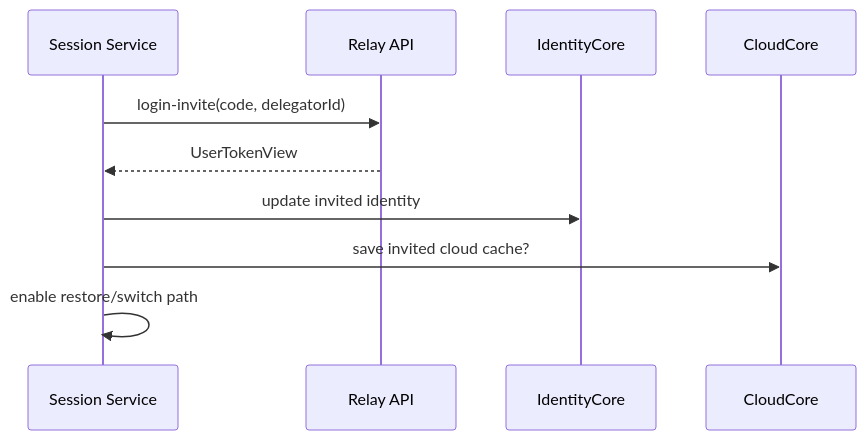
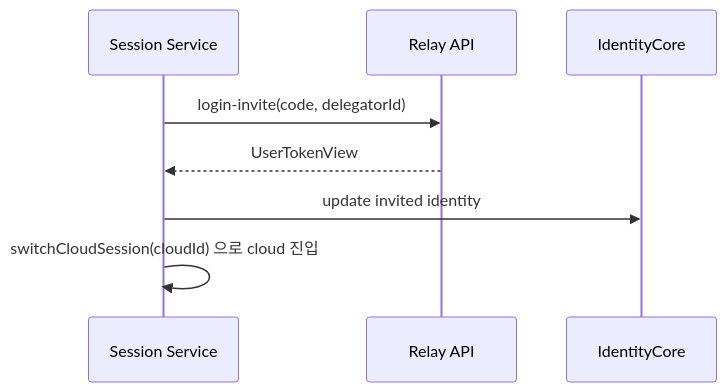
One commit to lemoncloud-io/dou-app changed the sixth of 14 diagrams in libs/web-core/docs/session/session-scenarios.md. Above: the diagram before and after it, drawn with Mermaid. The commit also changed other lines of this file and 6 other files, not shown here.

````diff
--- a/libs/web-core/docs/session/session-scenarios.md
+++ b/libs/web-core/docs/session/session-scenarios.md
@@ -480,12 +475,10 @@
 ```mermaid
 sequenceDiagram
   participant S as Session Service
   participant R as Relay API
   participant IC as IdentityCore
-  participant CC as CloudCore
   S->>R: login-invite(code, delegatorId)
   R-->>S: UserTokenView
   S->>IC: update invited identity
-  S->>CC: save invited cloud cache?
-  S->>S: enable restore/switch path
+  S->>S: switchCloudSession(cloudId) 으로 cloud 진입
 ```
````
